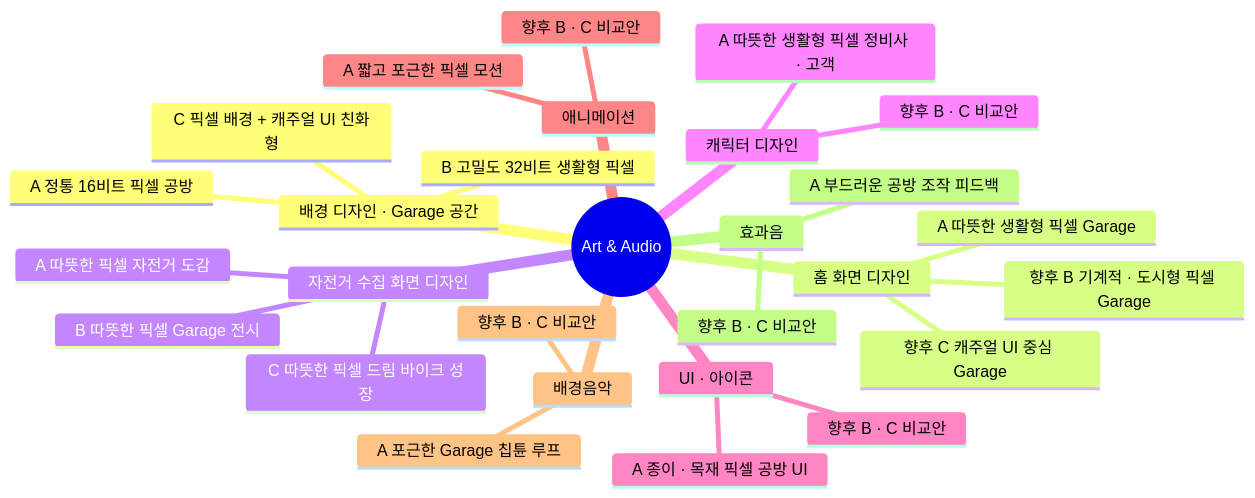
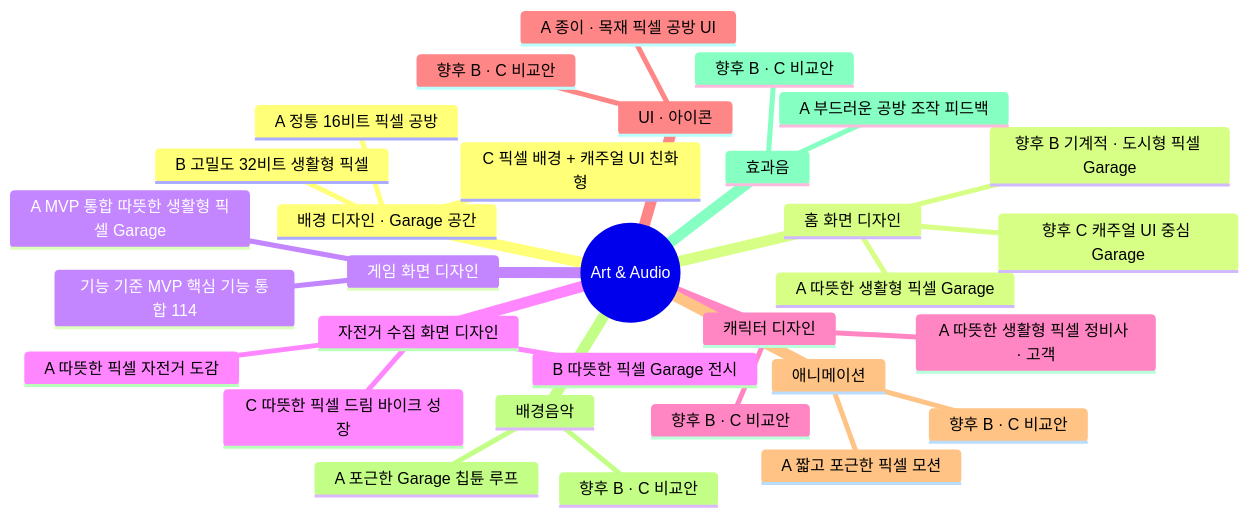
The third of 5 diagrams in docs/LAB_PROTOTYPE_MAP.md (aigemro/dream-bike-garage-lab), drawn with Mermaid before and after one commit. The commit also changed other lines of this file and 7 other files, not shown here.

````diff
--- a/docs/LAB_PROTOTYPE_MAP.md
+++ b/docs/LAB_PROTOTYPE_MAP.md
@@ -145,31 +146,34 @@
 ```mermaid
 mindmap
   root((Art & Audio))
     배경 디자인 · Garage 공간
       A 정통 16비트 픽셀 공방
       B 고밀도 32비트 생활형 픽셀
       C 픽셀 배경 + 캐주얼 UI 친화형
     홈 화면 디자인
       A 따뜻한 생활형 픽셀 Garage
       향후 B 기계적 · 도시형 픽셀 Garage
       향후 C 캐주얼 UI 중심 Garage
+    게임 화면 디자인
+      A MVP 통합 따뜻한 생활형 픽셀 Garage
+      기능 기준 MVP 핵심 기능 통합 114
     자전거 수집 화면 디자인
       A 따뜻한 픽셀 자전거 도감
       B 따뜻한 픽셀 Garage 전시
       C 따뜻한 픽셀 드림 바이크 성장
     캐릭터 디자인
       A 따뜻한 생활형 픽셀 정비사 · 고객
       향후 B · C 비교안
     UI · 아이콘
       A 종이 · 목재 픽셀 공방 UI
       향후 B · C 비교안
     애니메이션
       A 짧고 포근한 픽셀 모션
       향후 B · C 비교안
     배경음악
       A 포근한 Garage 칩튠 루프
       향후 B · C 비교안
     효과음
       A 부드러운 공방 조작 피드백
       향후 B · C 비교안
 ```
````
